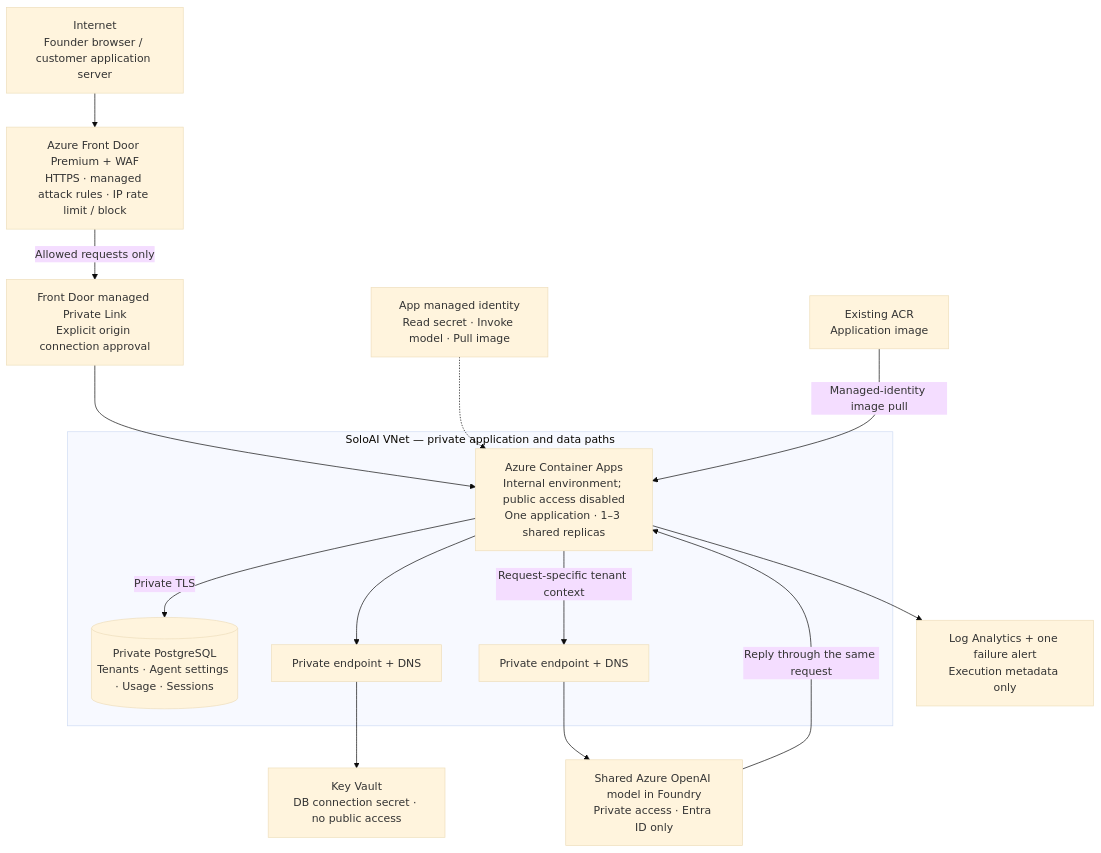
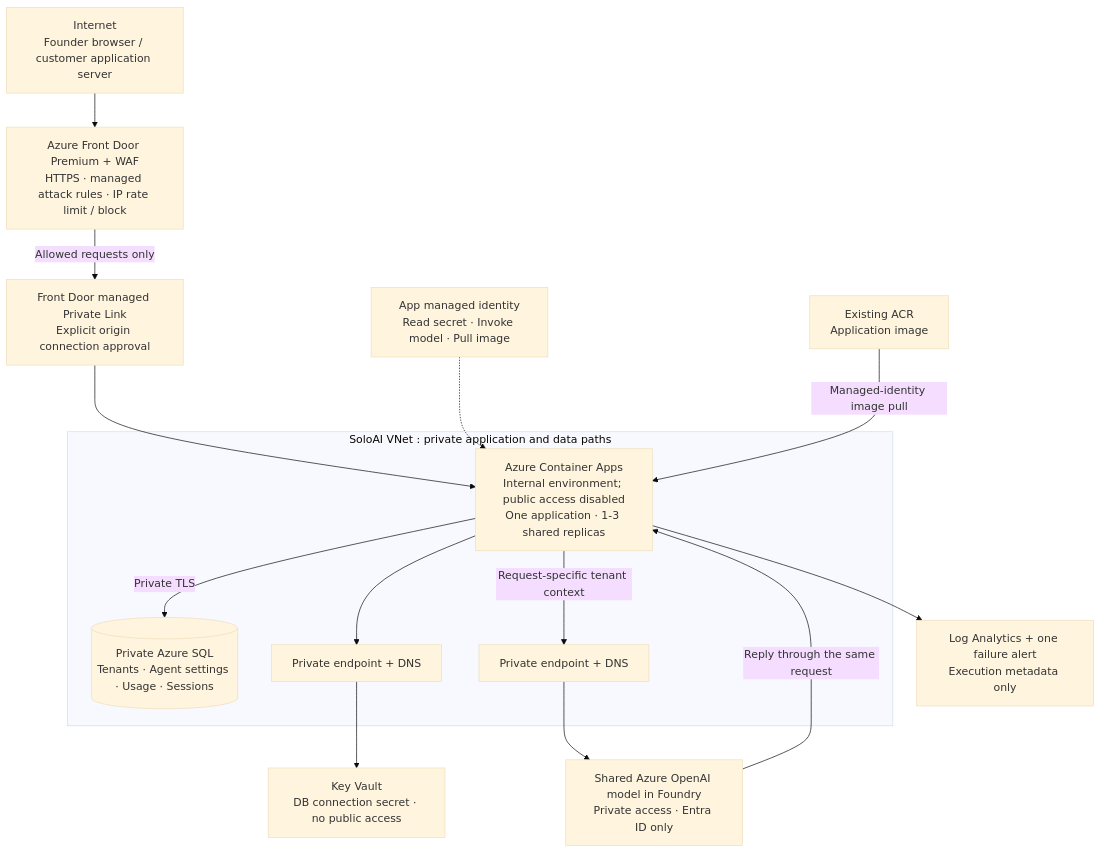
The first of 4 diagrams in docs/ARCHITECTURE.md (sumitsharma01/soloai), drawn with Mermaid (base theme) before and after one commit. The commit also changed other lines of this file and 26 other files, not shown here.

Commit message:
Use Azure SQL free allowance with auto-pause and update architecture

````diff
--- a/docs/ARCHITECTURE.md
+++ b/docs/ARCHITECTURE.md
@@ -7,30 +7,30 @@
 ```mermaid
 flowchart TB
     internet["Internet<br/>Founder browser / customer application server"]
     edge["Azure Front Door Premium + WAF<br/>HTTPS · managed attack rules · IP rate limit / block"]
     privateOrigin["Front Door managed Private Link<br/>Explicit origin connection approval"]
 
-    subgraph vnet["SoloAI VNet — private application and data paths"]
-      app["Azure Container Apps<br/>Internal environment; public access disabled<br/>One application · 1–3 shared replicas"]
-      db[("Private PostgreSQL<br/>Tenants · Agent settings · Usage · Sessions")]
+    subgraph vnet["SoloAI VNet :  private application and data paths"]
+      app["Azure Container Apps<br/>Internal environment; public access disabled<br/>One application · 1-3 shared replicas"]
+      db[("Private Azure SQL<br/>Tenants · Agent settings · Usage · Sessions")]
       vaultEndpoint["Private endpoint + DNS"]
       modelEndpoint["Private endpoint + DNS"]
     end
 
     vault["Key Vault<br/>DB connection secret · no public access"]
     model["Shared Azure OpenAI model in Foundry<br/>Private access · Entra ID only"]
     identity["App managed identity<br/>Read secret · Invoke model · Pull image"]
     acr["Existing ACR<br/>Application image"]
     monitor["Log Analytics + one failure alert<br/>Execution metadata only"]
 
     internet --> edge
     edge -->|"Allowed requests only"| privateOrigin
     privateOrigin --> app
     app -->|"Private TLS"| db
     app --> vaultEndpoint --> vault
     app -->|"Request-specific tenant context"| modelEndpoint --> model
     model -->|"Reply through the same request"| app
     identity -.-> app
     acr -->|"Managed-identity image pull"| app
     app --> monitor
 ```
````
